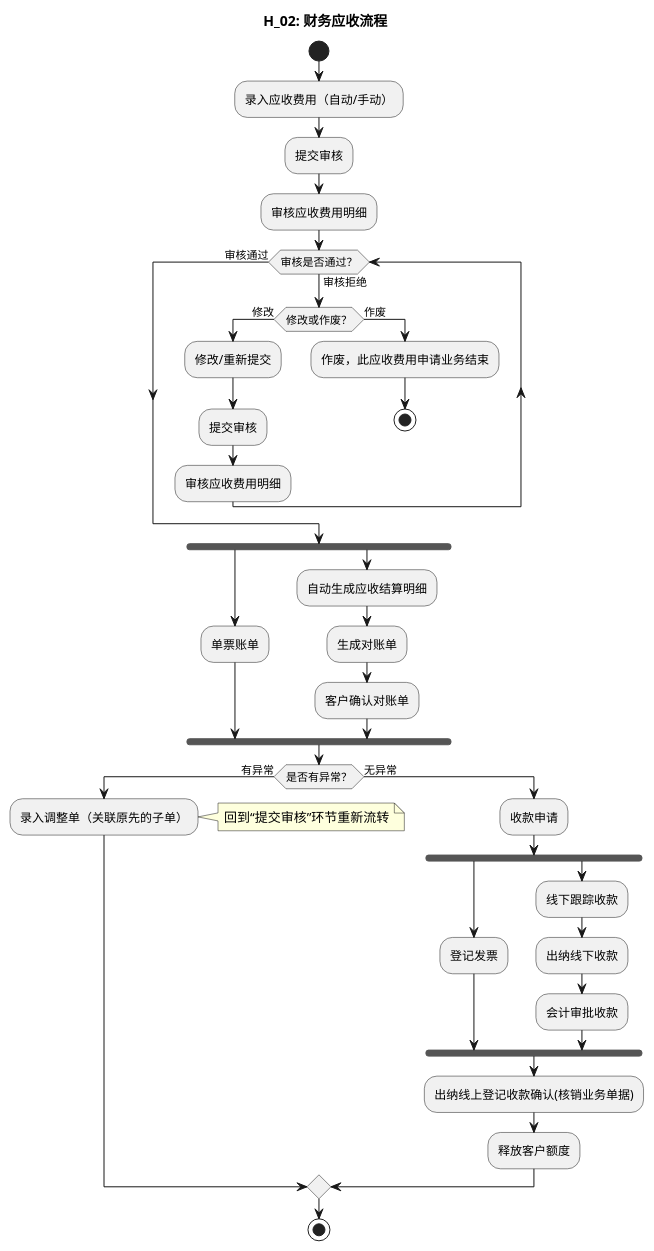
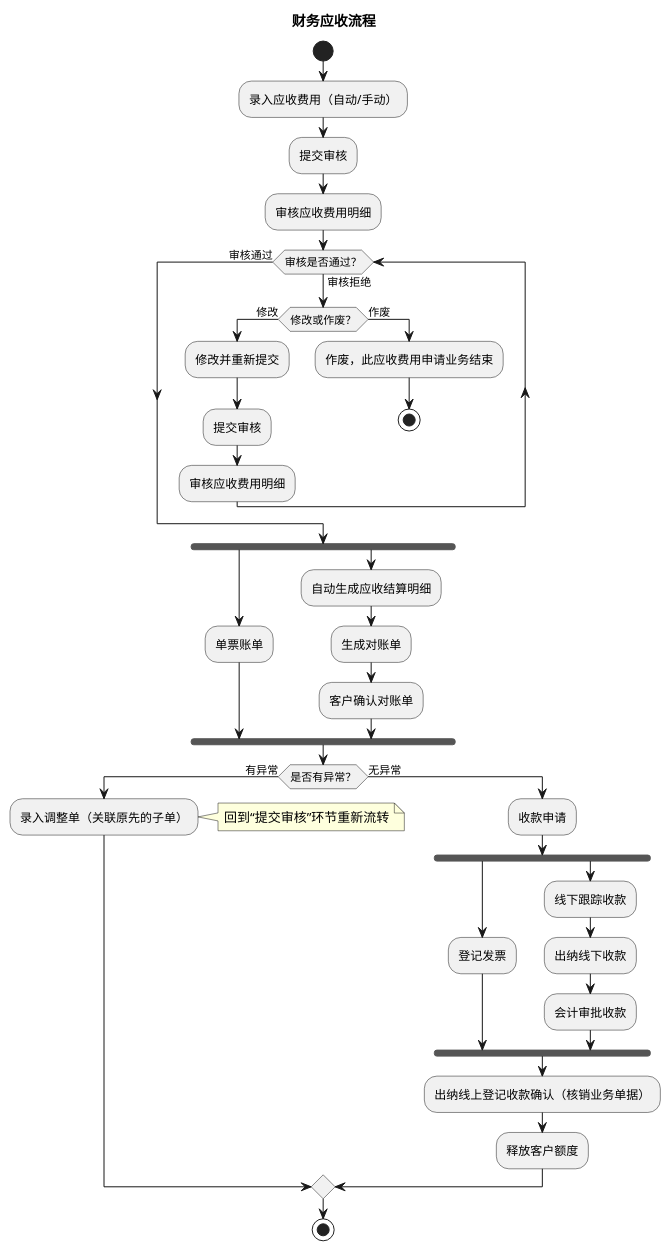
The sixth of 7 diagrams in product-caliber/goldjet/segmented-prd/mainflow/PRD.高捷物流系统一期.主流程.08.税金管理与财务结算流程.md (jack888332/projects-doc), drawn with PlantUML before and after one commit. The commit also changed other lines of this file and 59 other files, not shown here.

````diff
--- a/product-caliber/goldjet/segmented-prd/mainflow/PRD.高捷物流系统一期.主流程.08.税金管理与财务结算流程.md
+++ b/product-caliber/goldjet/segmented-prd/mainflow/PRD.高捷物流系统一期.主流程.08.税金管理与财务结算流程.md
@@ -148,42 +126,42 @@
 ```plantuml
 @startuml
-title H_02: 财务应收流程
+title 财务应收流程
 start
 :录入应收费用（自动/手动）;
 :提交审核;
 :审核应收费用明细;
 while (审核是否通过？) is (审核拒绝)
   if (修改或作废？) then (修改)
-    :修改/重新提交;
+    :修改并重新提交;
     :提交审核;
     :审核应收费用明细;
   else (作废)
     :作废，此应收费用申请业务结束;
     stop
   endif
 endwhile (审核通过)
 fork
   :单票账单;
 fork again
   :自动生成应收结算明细;
   :生成对账单;
   :客户确认对账单;
 end fork
 if (是否有异常？) then (有异常)
   :录入调整单（关联原先的子单）;
   note right: 回到“提交审核”环节重新流转
 else (无异常)
   :收款申请;
   fork
     :登记发票;
   fork again
     :线下跟踪收款;
     :出纳线下收款;
     :会计审批收款;
   end fork
-  :出纳线上登记收款确认(核销业务单据);
+  :出纳线上登记收款确认（核销业务单据）;
   :释放客户额度;
 endif
 stop
 @enduml
 ```
````
